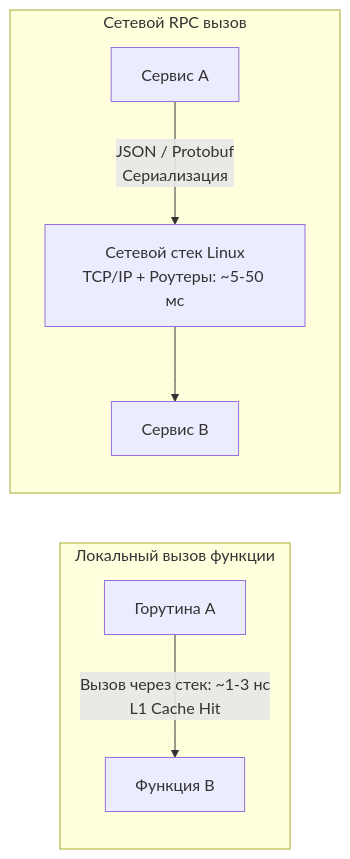
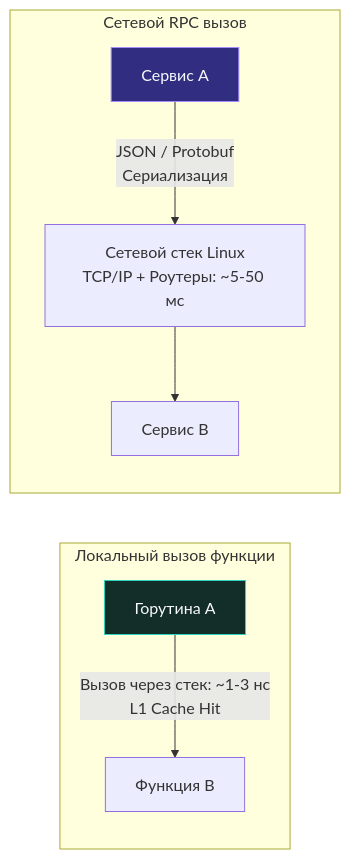
Before and after one commit to UnrealTemplier/go-textbook: the second of 2 diagrams in sources/11. Архитектура и System Design/1. Обзор раздела. От кода к архитектуре систем.md, drawn with Mermaid. The commit also changed other lines of this file and 1666 other files, not shown here.

First line of the commit message:
feat(mermaid): add semantic color classDef to 1369 colorless flowchart/graph diagrams

````diff
--- a/sources/11. Архитектура и System Design/1. Обзор раздела. От кода к архитектуре систем.md
+++ b/sources/11. Архитектура и System Design/1. Обзор раздела. От кода к архитектуре систем.md
@@ -42,11 +52,21 @@
 ```mermaid
 flowchart LR
+    classDef process  fill:#1e293b,stroke:#38bdf8,stroke-width:1px,color:#f8fafc
+    classDef success  fill:#064e3b,stroke:#34d399,stroke-width:1px,color:#f8fafc
+    classDef error    fill:#7f1d1d,stroke:#f87171,stroke-width:1px,color:#f8fafc
+    classDef warning  fill:#78350f,stroke:#fbbf24,stroke-width:1px,color:#f8fafc
+    classDef entry    fill:#1e3a5f,stroke:#38bdf8,stroke-width:2px,color:#f8fafc
+    classDef aux      fill:#334155,stroke:#64748b,stroke-width:1px,color:#f8fafc
+    classDef system   fill:#312e81,stroke:#a78bfa,stroke-width:1px,color:#f8fafc
+    classDef data     fill:#132d29,stroke:#2dd4bf,stroke-width:1px,color:#f8fafc
+    classDef network  fill:#881337,stroke:#fb7185,stroke-width:1px,color:#f8fafc
+    classDef accent   fill:#1e1b4b,stroke:#818cf8,stroke-width:1px,color:#f8fafc
     subgraph Micro["Локальный вызов функции"]
-        A["Горутина A"] -->|"Вызов через стек: ~1-3 нс\nL1 Cache Hit"| B["Функция B"]
+        A["Горутина A"]:::data -->|"Вызов через стек: ~1-3 нс\nL1 Cache Hit"| B["Функция B"]
     end
 
     subgraph Macro["Сетевой RPC вызов"]
-        SrvA["Сервис A"] -->|"JSON / Protobuf\nСериализация"| Net["Сетевой стек Linux\nTCP/IP + Роутеры: ~5-50 мс"]
+        SrvA["Сервис A"]:::system -->|"JSON / Protobuf\nСериализация"| Net["Сетевой стек Linux\nTCP/IP + Роутеры: ~5-50 мс"]
         Net --> SrvB["Сервис B"]
     end
 ```
````
